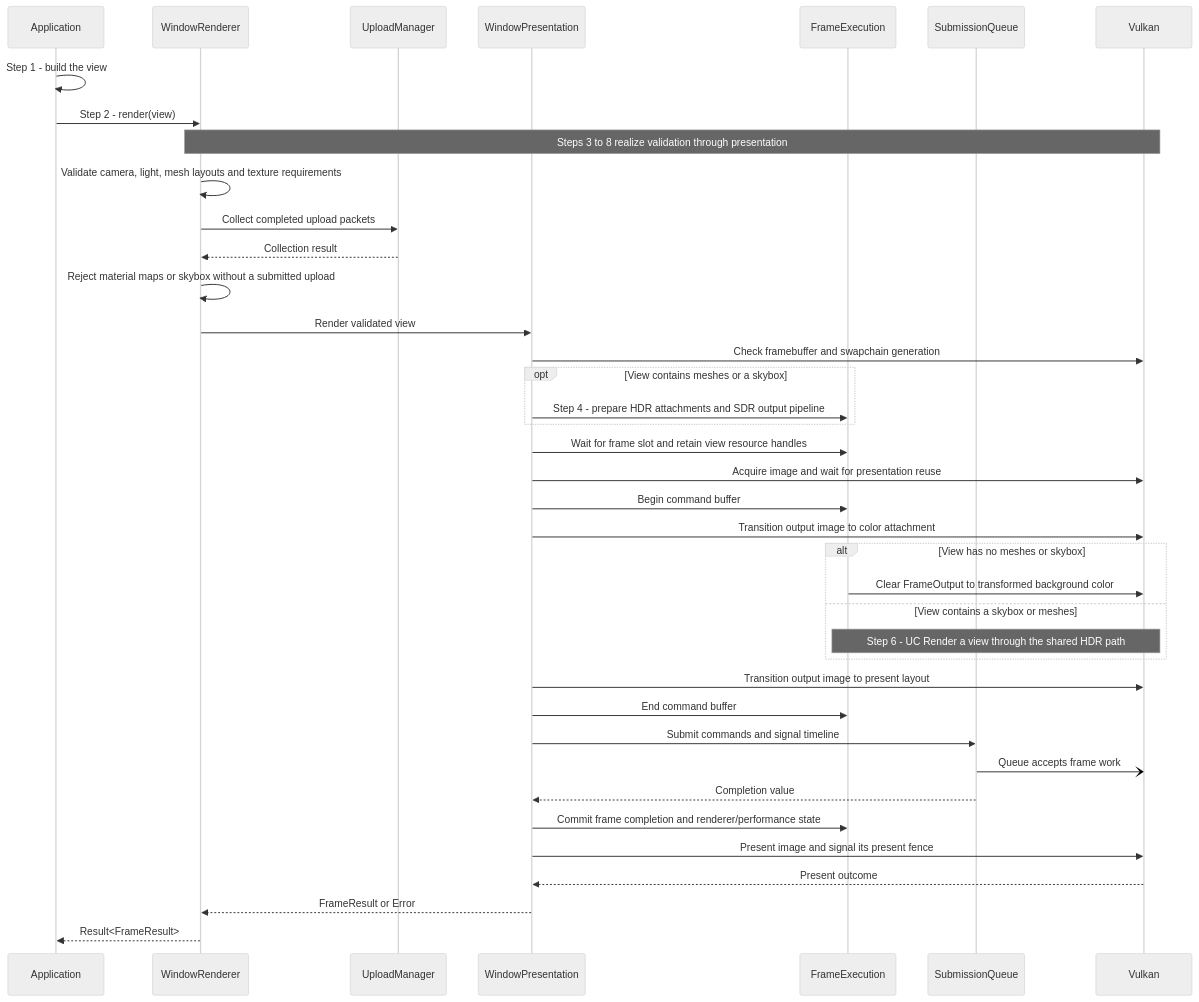
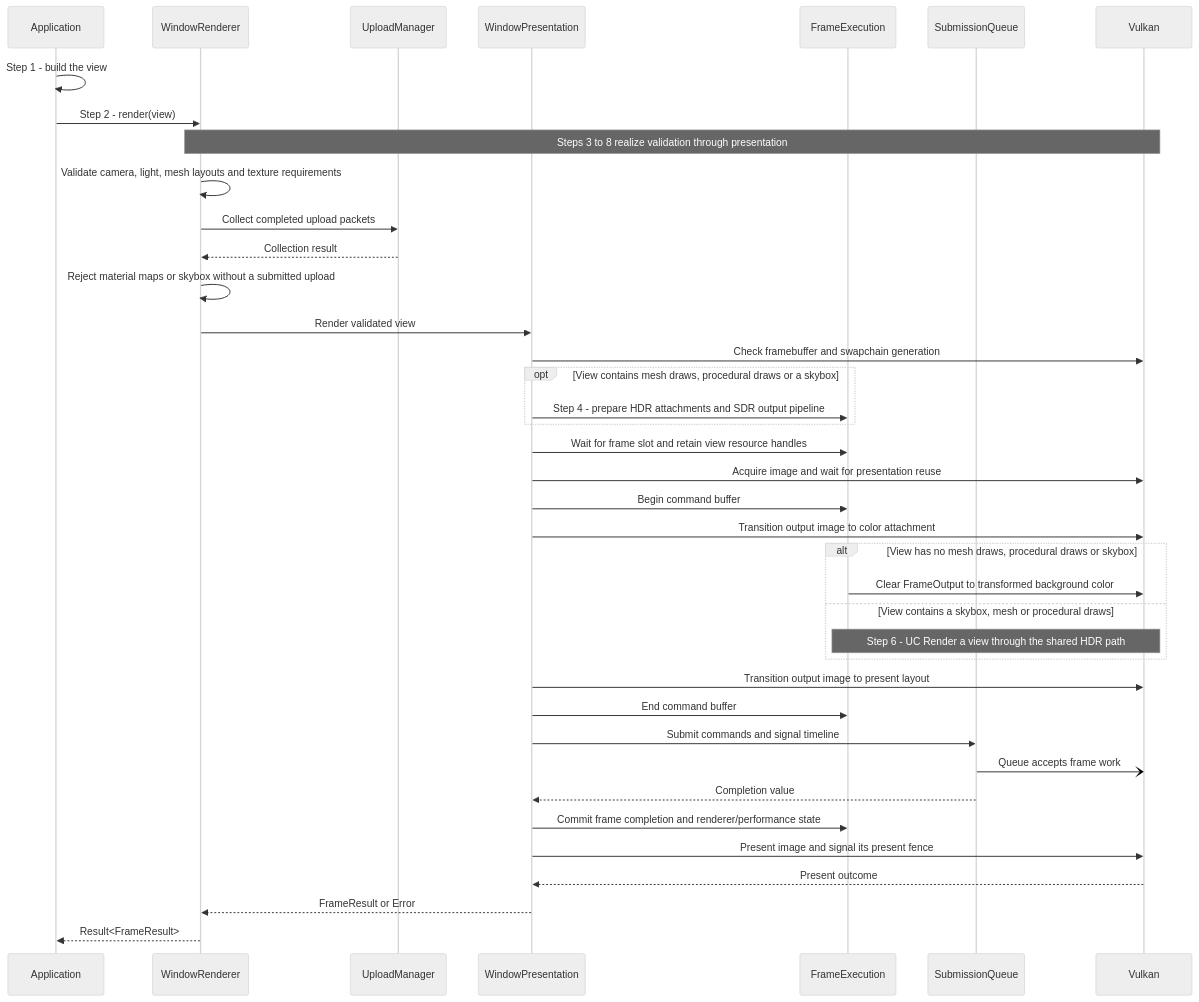
The diagram in docs/use-cases/render-view.md (a-soltysik/Panda), drawn with Mermaid (neutral theme) before and after one commit. The commit also changed other lines of this file and 108 other files, not shown here.

````diff
--- a/docs/use-cases/render-view.md
+++ b/docs/use-cases/render-view.md
@@ -120,41 +148,41 @@
 ```mermaid
 sequenceDiagram
     participant A as Application
     participant W as WindowRenderer
     participant U as UploadManager
     participant P as WindowPresentation
     participant E as FrameExecution
     participant Q as SubmissionQueue
     participant V as Vulkan
     A ->> A: Step 1 - build the view
     A ->> W: Step 2 - render(view)
     Note over W, V: Steps 3 to 8 realize validation through presentation
     W ->> W: Validate camera, light, mesh layouts and texture requirements
     W ->> U: Collect completed upload packets
     U -->> W: Collection result
     W ->> W: Reject material maps or skybox without a submitted upload
     W ->> P: Render validated view
     P ->> V: Check framebuffer and swapchain generation
-    opt View contains meshes or a skybox
+    opt View contains mesh draws, procedural draws or a skybox
         P ->> E: Step 4 - prepare HDR attachments and SDR output pipeline
     end
     P ->> E: Wait for frame slot and retain view resource handles
     P ->> V: Acquire image and wait for presentation reuse
     P ->> E: Begin command buffer
     P ->> V: Transition output image to color attachment
-    alt View has no meshes or skybox
+    alt View has no mesh draws, procedural draws or skybox
         E ->> V: Clear FrameOutput to transformed background color
-    else View contains a skybox or meshes
+    else View contains a skybox, mesh or procedural draws
         Note over E, V: Step 6 - UC Render a view through the shared HDR path
     end
     P ->> V: Transition output image to present layout
     P ->> E: End command buffer
     P ->> Q: Submit commands and signal timeline
     Q -) V: Queue accepts frame work
     Q -->> P: Completion value
     P ->> E: Commit frame completion and renderer/performance state
     P ->> V: Present image and signal its present fence
     V -->> P: Present outcome
     P -->> W: FrameResult or Error
     W -->> A: Result<FrameResult>
 ```
````
